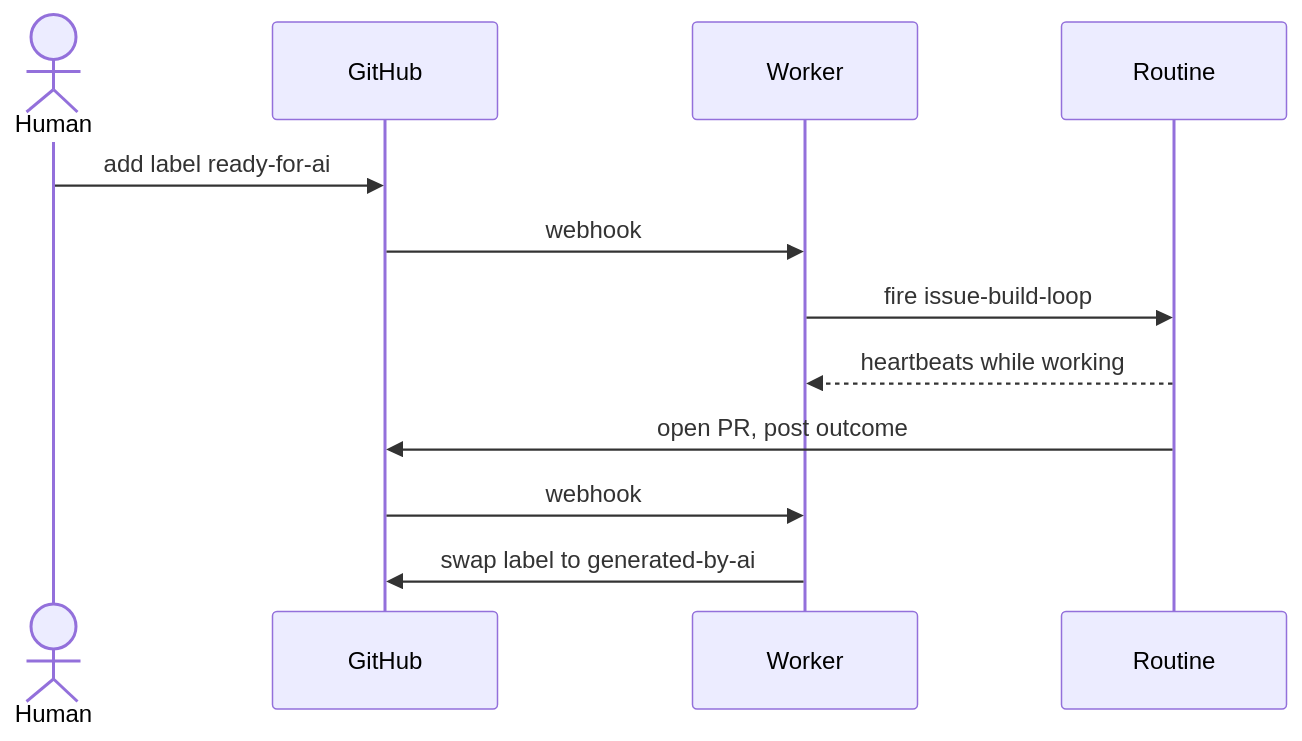
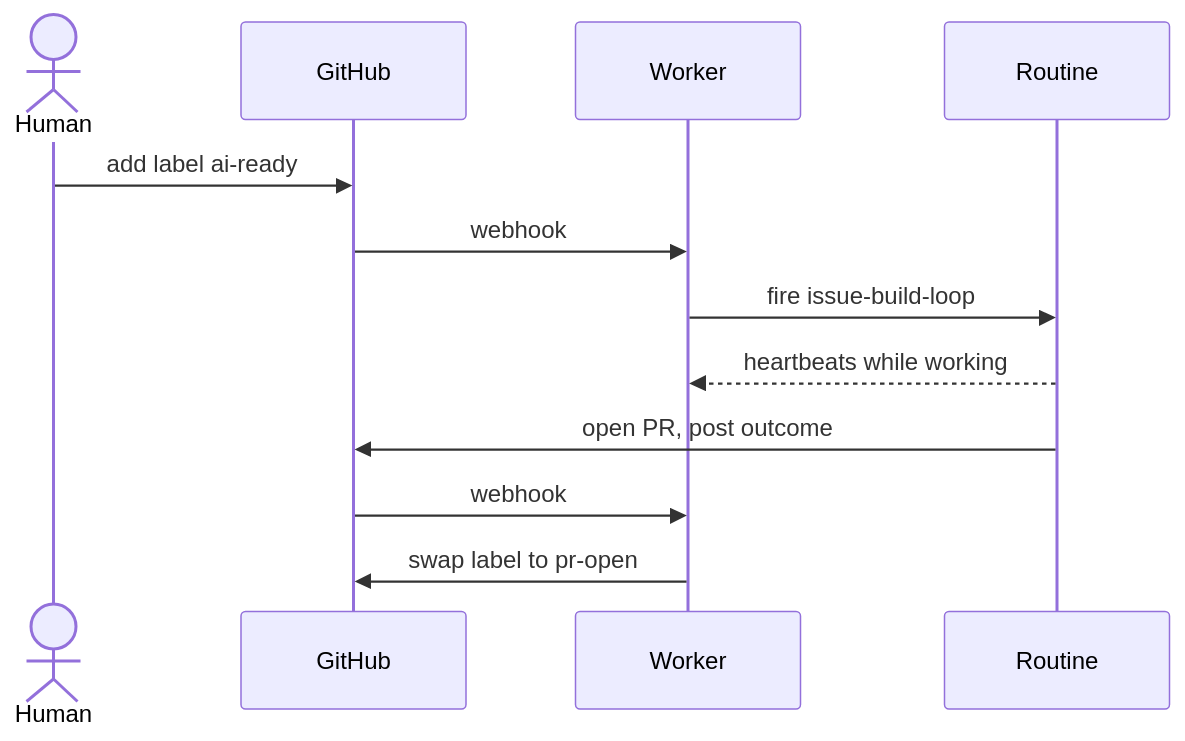
One commit to hifi-phil/umbraco-mcp-ops changed the second of 5 diagrams in docs/agent-orchestration/04-architecture.md. Above: the diagram before and after it, drawn with Mermaid. The commit also changed other lines of this file and 85 other files, not shown here.

````diff
--- a/docs/agent-orchestration/04-architecture.md
+++ b/docs/agent-orchestration/04-architecture.md
@@ -43,16 +43,16 @@
 ```mermaid
 %%{init: {"themeVariables": {"fontSize": "20px"}}}%%
 sequenceDiagram
     actor H as Human
     participant GH as GitHub
     participant W as Worker
     participant R as Routine
 
-    H->>GH: add label ready-for-ai
+    H->>GH: add label ai-ready
     GH->>W: webhook
     W->>R: fire issue-build-loop
     R-->>W: heartbeats while working
     R->>GH: open PR, post outcome
     GH->>W: webhook
-    W->>GH: swap label to generated-by-ai
+    W->>GH: swap label to pr-open
 ```
````
